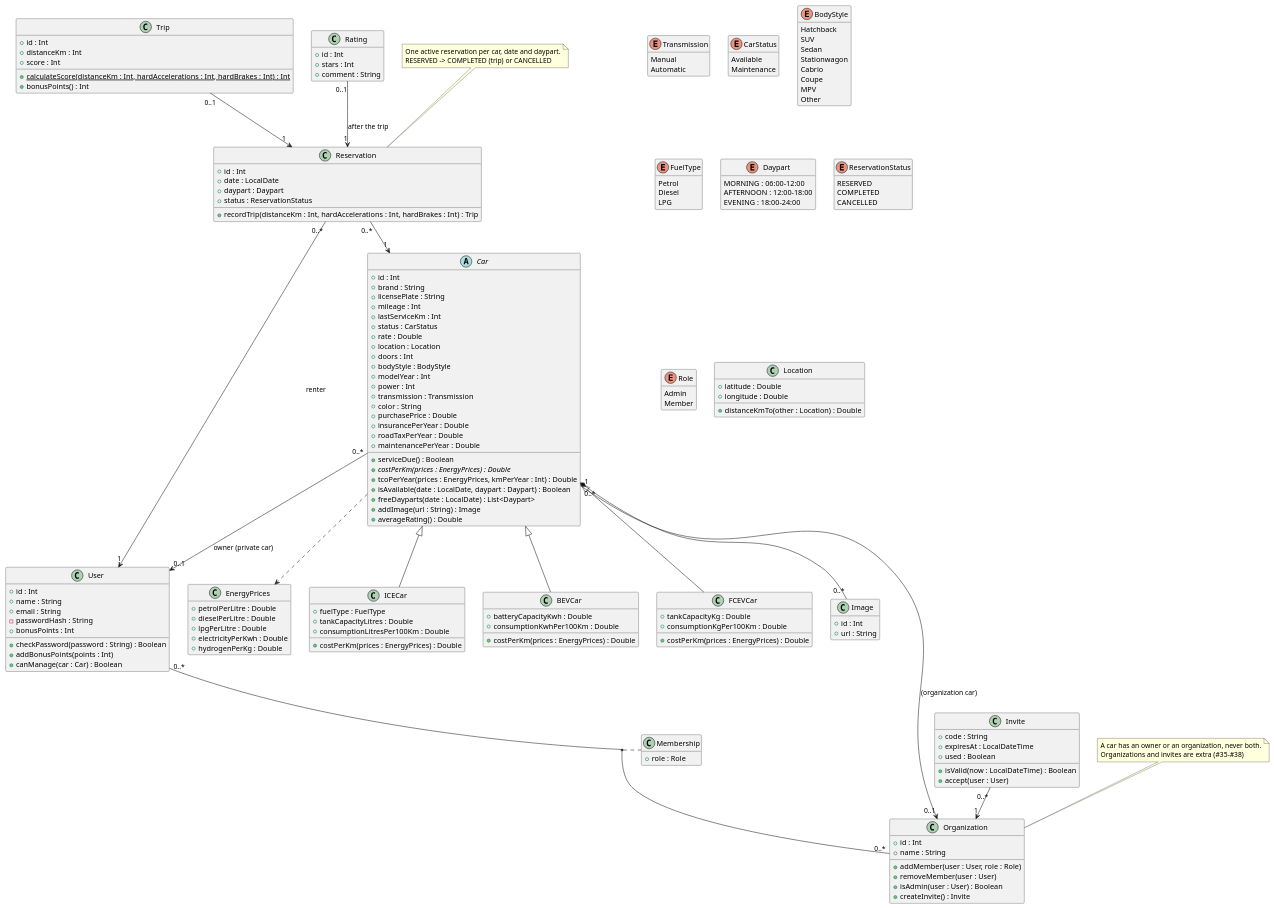
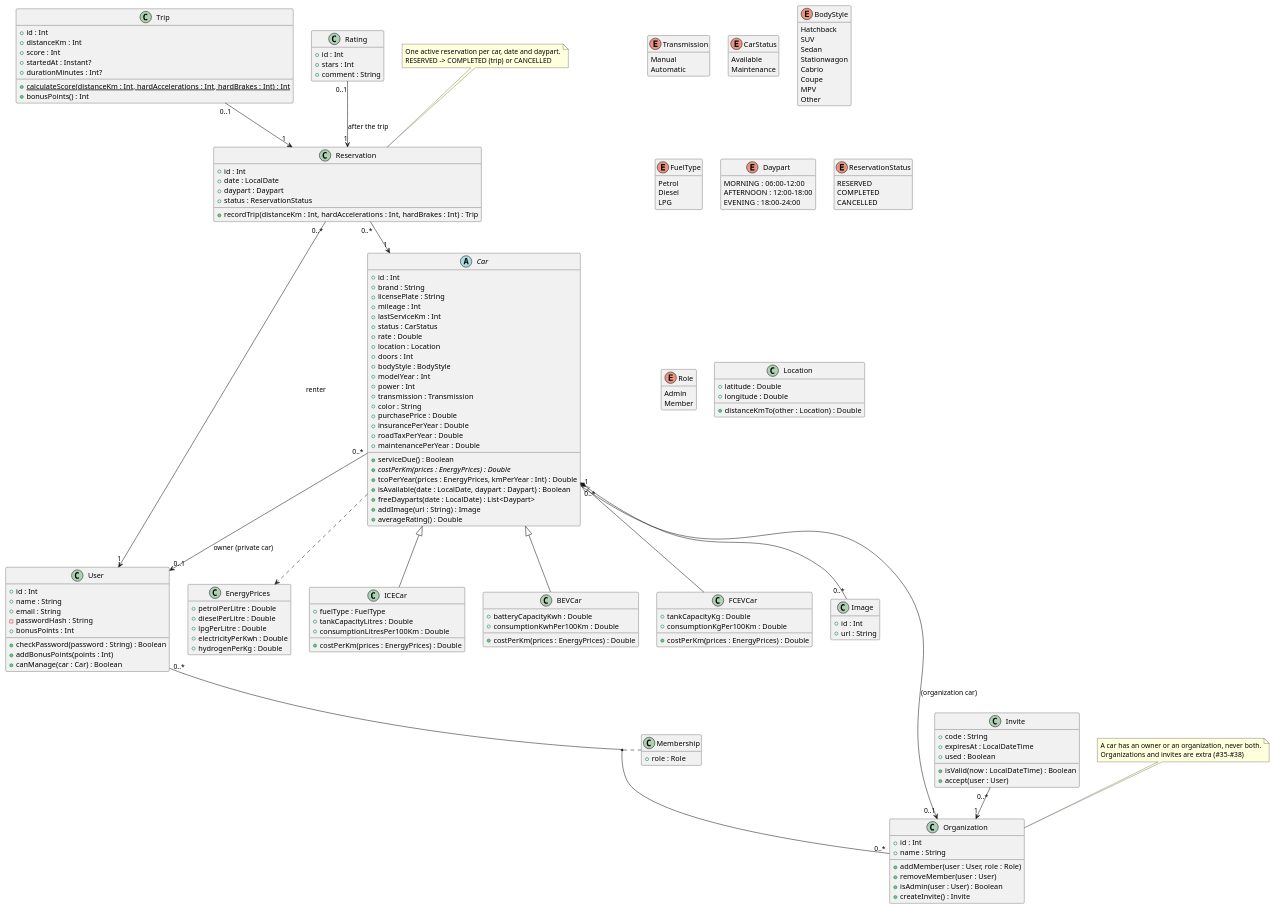
Before and after one commit to Rent-a-car-38291/rent-a-car: the diagram in docs/diagrams/domain-model.puml, drawn with PlantUML. The commit also changed 20 other files, not shown here.

First line of the commit message:
docs: describe the final application in the README and diagrams (#130)

```diff
--- a/docs/diagrams/domain-model.puml
+++ b/docs/diagrams/domain-model.puml
@@ -1,192 +1,194 @@
 @startuml
 ' Analysis view: the domain as agreed in the backlog, including parts that aren't built yet.
 ' For what the code looks like today, see the class-*.puml diagrams.
 hide empty members
 
 enum Transmission {
   Manual
   Automatic
 }
 
 ' Rented is gone: whether a car is rented depends on the daypart (#16).
 enum CarStatus {
   Available
   Maintenance
 }
 
 enum BodyStyle {
   Hatchback
   SUV
   Sedan
   Stationwagon
   Cabrio
   Coupe
   MPV
   Other
 }
 
 enum FuelType {
   Petrol
   Diesel
   LPG
 }
 
 enum Daypart {
   MORNING : 06:00-12:00
   AFTERNOON : 12:00-18:00
   EVENING : 18:00-24:00
 }
 
 enum ReservationStatus {
   RESERVED
   COMPLETED
   CANCELLED
 }
 
 enum Role {
   Admin
   Member
 }
 
 class Location {
   + latitude : Double
   + longitude : Double
   + distanceKmTo(other : Location) : Double
 }
 
 class EnergyPrices {
   + petrolPerLitre : Double
   + dieselPerLitre : Double
   + lpgPerLitre : Double
   + electricityPerKwh : Double
   + hydrogenPerKg : Double
 }
 
 class User {
   + id : Int
   + name : String
   + email : String
   - passwordHash : String
   + bonusPoints : Int
   + checkPassword(password : String) : Boolean
   + addBonusPoints(points : Int)
   + canManage(car : Car) : Boolean
 }
 
 abstract class Car {
   + id : Int
   + brand : String
   + licensePlate : String
   + mileage : Int
   + lastServiceKm : Int
   + serviceDue() : Boolean
   + status : CarStatus
   + rate : Double
   + location : Location
   + doors : Int
   + bodyStyle : BodyStyle
   + modelYear : Int
   + power : Int
   + transmission : Transmission
   + color : String
   + purchasePrice : Double
   + insurancePerYear : Double
   + roadTaxPerYear : Double
   + maintenancePerYear : Double
   + {abstract} costPerKm(prices : EnergyPrices) : Double
   + tcoPerYear(prices : EnergyPrices, kmPerYear : Int) : Double
   + isAvailable(date : LocalDate, daypart : Daypart) : Boolean
   + freeDayparts(date : LocalDate) : List<Daypart>
   + addImage(url : String) : Image
   + averageRating() : Double
 }
 
 class ICECar {
   + fuelType : FuelType
   + tankCapacityLitres : Double
   + consumptionLitresPer100Km : Double
   + costPerKm(prices : EnergyPrices) : Double
 }
 
 class BEVCar {
   + batteryCapacityKwh : Double
   + consumptionKwhPer100Km : Double
   + costPerKm(prices : EnergyPrices) : Double
 }
 
 class FCEVCar {
   + tankCapacityKg : Double
   + consumptionKgPer100Km : Double
   + costPerKm(prices : EnergyPrices) : Double
 }
 
 class Image {
   + id : Int
   + url : String
 }
 
 class Reservation {
   + id : Int
   + date : LocalDate
   + daypart : Daypart
   + status : ReservationStatus
   + recordTrip(distanceKm : Int, hardAccelerations : Int, hardBrakes : Int) : Trip
 }
 
 class Trip {
   + id : Int
   + distanceKm : Int
   + score : Int
+  + startedAt : Instant?
+  + durationMinutes : Int?
   + {static} calculateScore(distanceKm : Int, hardAccelerations : Int, hardBrakes : Int) : Int
   + bonusPoints() : Int
 }
 
 class Rating {
   + id : Int
   + stars : Int
   + comment : String
 }
 
 class Organization {
   + id : Int
   + name : String
   + addMember(user : User, role : Role)
   + removeMember(user : User)
   + isAdmin(user : User) : Boolean
   + createInvite() : Invite
 }
 
 class Membership {
   + role : Role
 }
 
 class Invite {
   + code : String
   + expiresAt : LocalDateTime
   + used : Boolean
   + isValid(now : LocalDateTime) : Boolean
   + accept(user : User)
 }
 
 Car <|-- ICECar
 Car <|-- BEVCar
 Car <|-- FCEVCar
 
 Car "0..*" --> "0..1" User : owner (private car)
 Car "0..*" --> "0..1" Organization : (organization car)
 Car "1" *-- "0..*" Image
 Car ..> EnergyPrices
 Reservation "0..*" --> "1" Car
 Reservation "0..*" --> "1" User : renter
 Trip "0..1" --> "1" Reservation
 Rating "0..1" --> "1" Reservation : after the trip
 User "0..*" -- "0..*" Organization
 (User, Organization) .. Membership
 Invite "0..*" --> "1" Organization
 
 note "One active reservation per car, date and daypart.\nRESERVED -> COMPLETED (trip) or CANCELLED" as N1
 N1 .. Reservation
 note "A car has an owner or an organization, never both.\nOrganizations and invites are extra (#35–#38)" as N2
 N2 .. Organization
 
 @enduml
```
